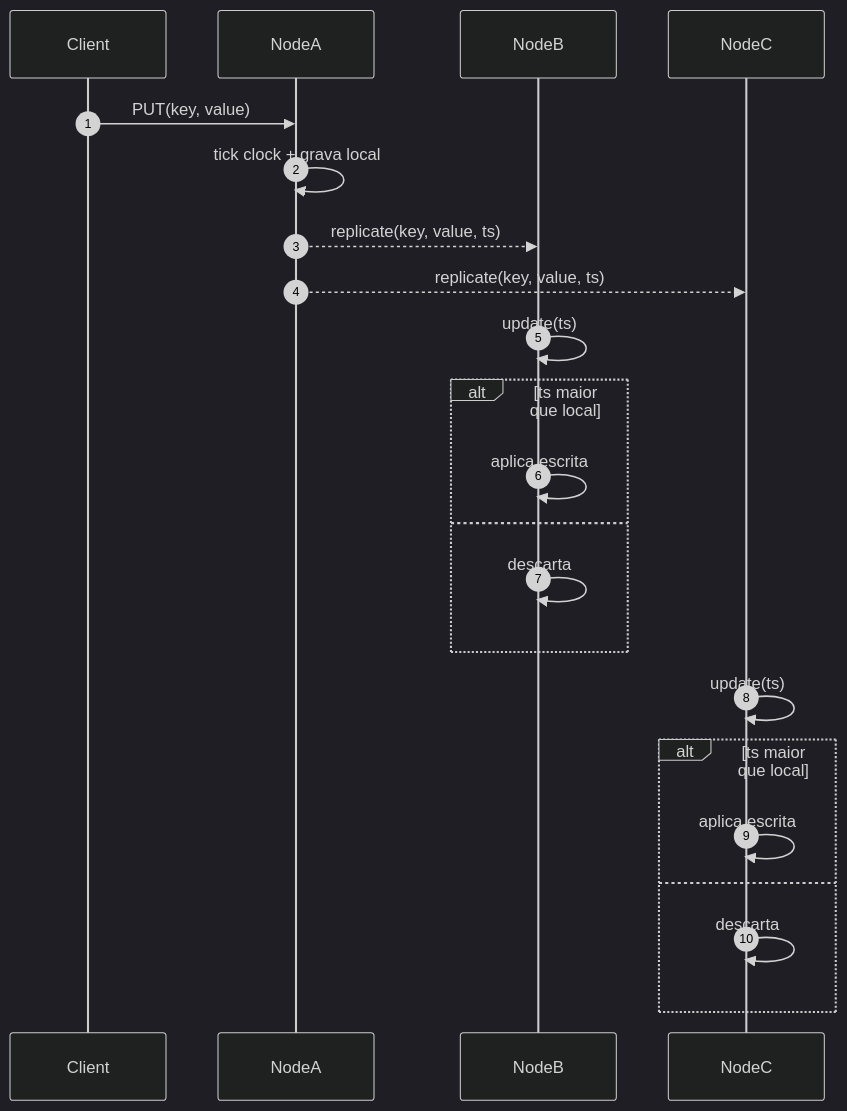
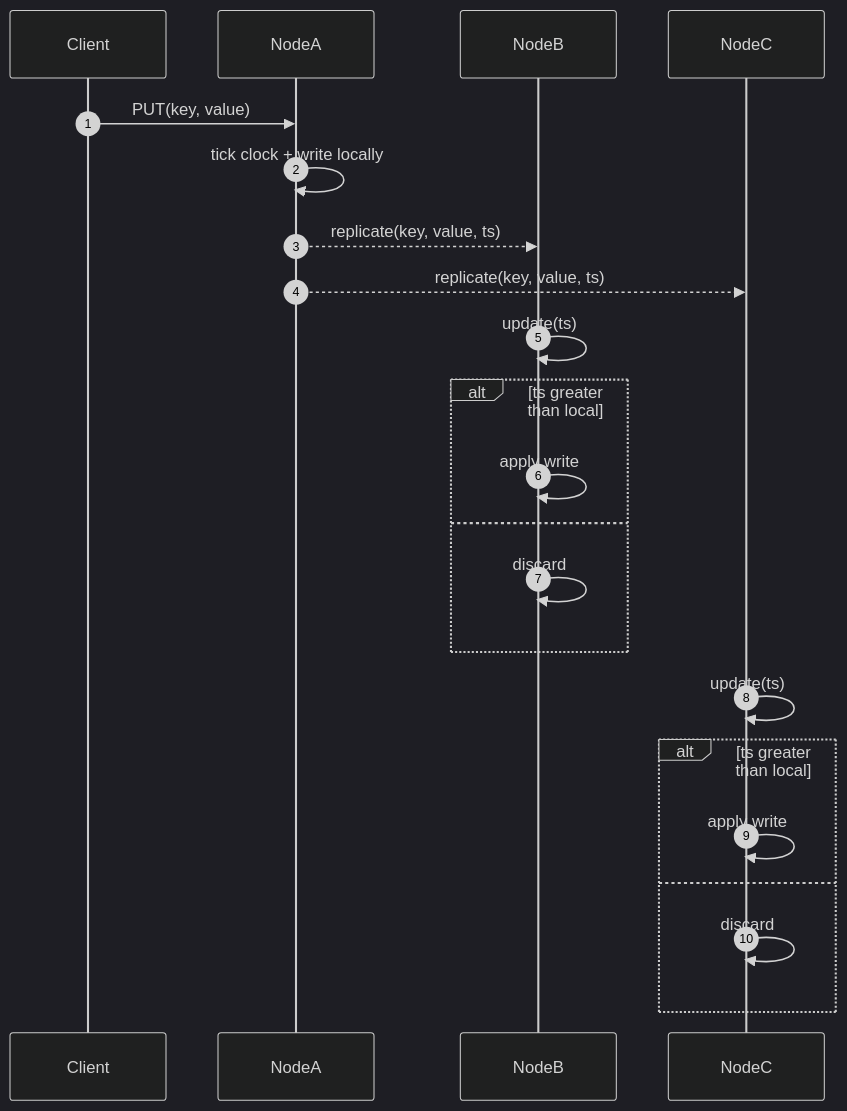
One commit to diegomrodrigues2/relational_distributed_database changed the second of 6 diagrams in README.md. Above: the diagram before and after it, drawn with Mermaid (dark theme). The commit also changed other lines of this file and 1 other file, not shown here.

````diff
--- a/README.md
+++ b/README.md
@@ -37,25 +37,25 @@
 ```mermaid
 sequenceDiagram
     autonumber
     participant Client
     participant NodeA
     participant NodeB
     participant NodeC
 
     Client->>NodeA: PUT(key, value)
-    NodeA->>NodeA: tick clock + grava local
+    NodeA->>NodeA: tick clock + write locally
     NodeA-->>NodeB: replicate(key, value, ts)
     NodeA-->>NodeC: replicate(key, value, ts)
     NodeB->>NodeB: update(ts)
-    alt ts maior que local
-        NodeB->>NodeB: aplica escrita
+    alt ts greater than local
+        NodeB->>NodeB: apply write
     else
-        NodeB->>NodeB: descarta
+        NodeB->>NodeB: discard
     end
     NodeC->>NodeC: update(ts)
-    alt ts maior que local
-        NodeC->>NodeC: aplica escrita
+    alt ts greater than local
+        NodeC->>NodeC: apply write
     else
-        NodeC->>NodeC: descarta
+        NodeC->>NodeC: discard
     end
 ```
````
